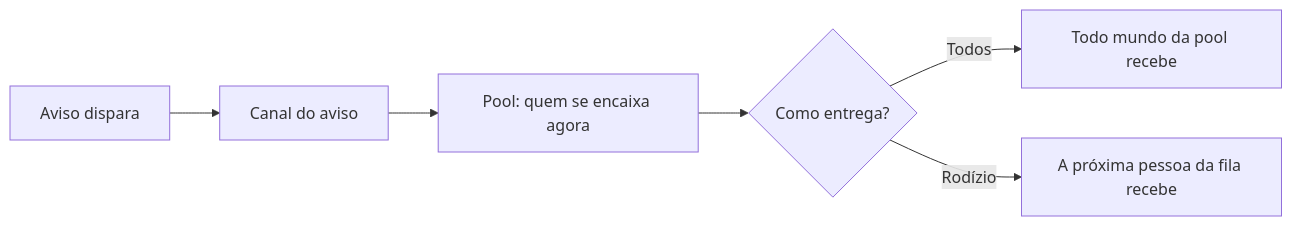
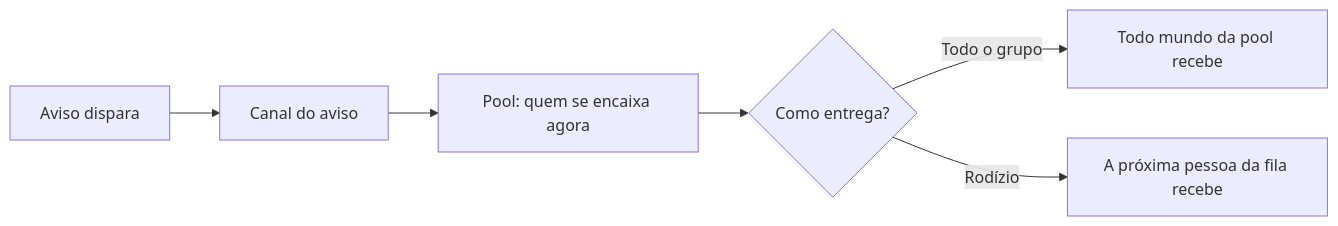
Before and after one commit to LocFlowTeam/locflow-docs: the diagram in configuracoes/canais-de-notificacao.md, drawn with Mermaid. The commit also changed other lines of this file and 1 other file, not shown here.

First line of the commit message:
docs: canais afunilados (operadores/balcão), 'Todo o grupo' e escopo do acompanhamento

````diff
--- a/configuracoes/canais-de-notificacao.md
+++ b/configuracoes/canais-de-notificacao.md
@@ -23,8 +23,8 @@
 ```mermaid
 flowchart LR
     A[Aviso dispara] --> B[Canal do aviso]
     B --> C[Pool: quem se encaixa agora]
     C --> D{Como entrega?}
-    D -->|Todos| E[Todo mundo da pool recebe]
+    D -->|Todo o grupo| E[Todo mundo da pool recebe]
     D -->|Rodízio| F[A próxima pessoa da fila recebe]
 ```
````
